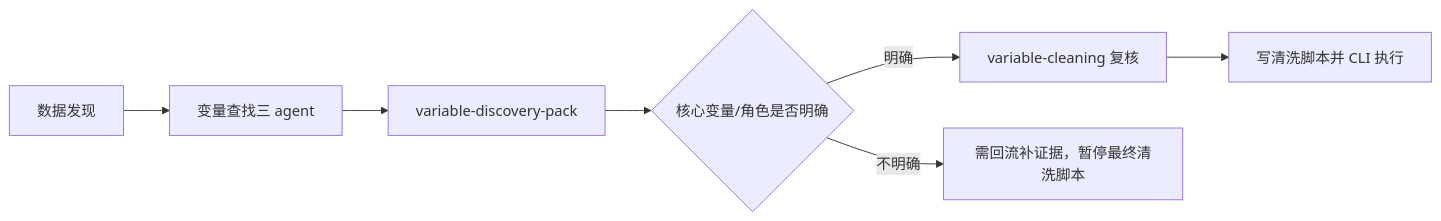
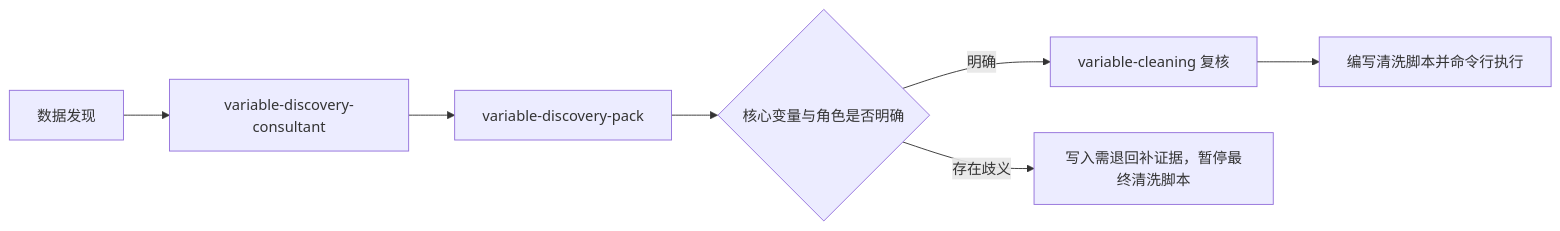
The second of 2 diagrams in phases/01-init-and-routing.md (JingYangYuan/paper-analysis-4ss), drawn with Mermaid before and after one commit. The commit also changed other lines of this file and 23628 other files, not shown here.

````diff
--- a/phases/01-init-and-routing.md
+++ b/phases/01-init-and-routing.md
@@ -22,9 +20,9 @@
 ```mermaid
 flowchart LR
-  A["数据发现"] --> B["变量查找三 agent"]
-  B --> C["variable-discovery-pack"]
-  C --> D{"核心变量/角色是否明确"}
-  D -->|明确| E["variable-cleaning 复核"]
-  D -->|不明确| F["需回流补证据，暂停最终清洗脚本"]
-  E --> G["写清洗脚本并 CLI 执行"]
+  A[数据发现] --> B[variable-discovery-consultant]
+  B --> C[variable-discovery-pack]
+  C --> D{核心变量与角色是否明确}
+  D -->|明确| E[variable-cleaning 复核]
+  D -->|存在歧义| F[写入需退回补证据，暂停最终清洗脚本]
+  E --> G[编写清洗脚本并命令行执行]
 ```
````
